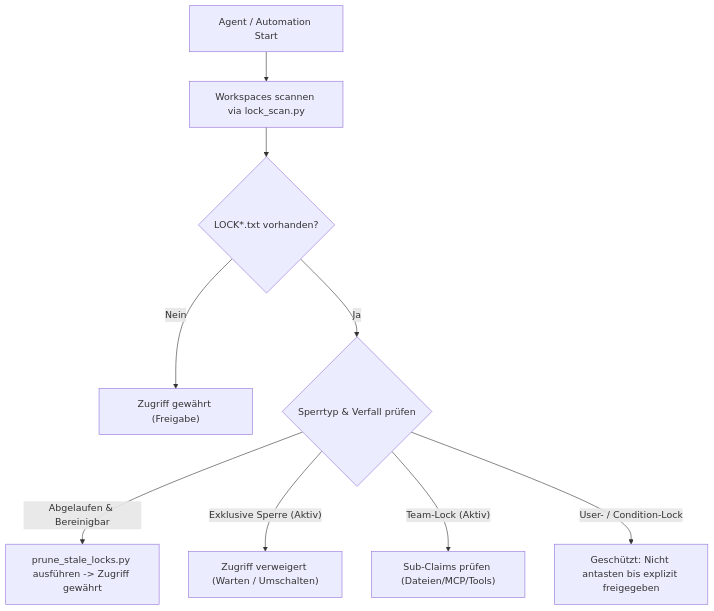
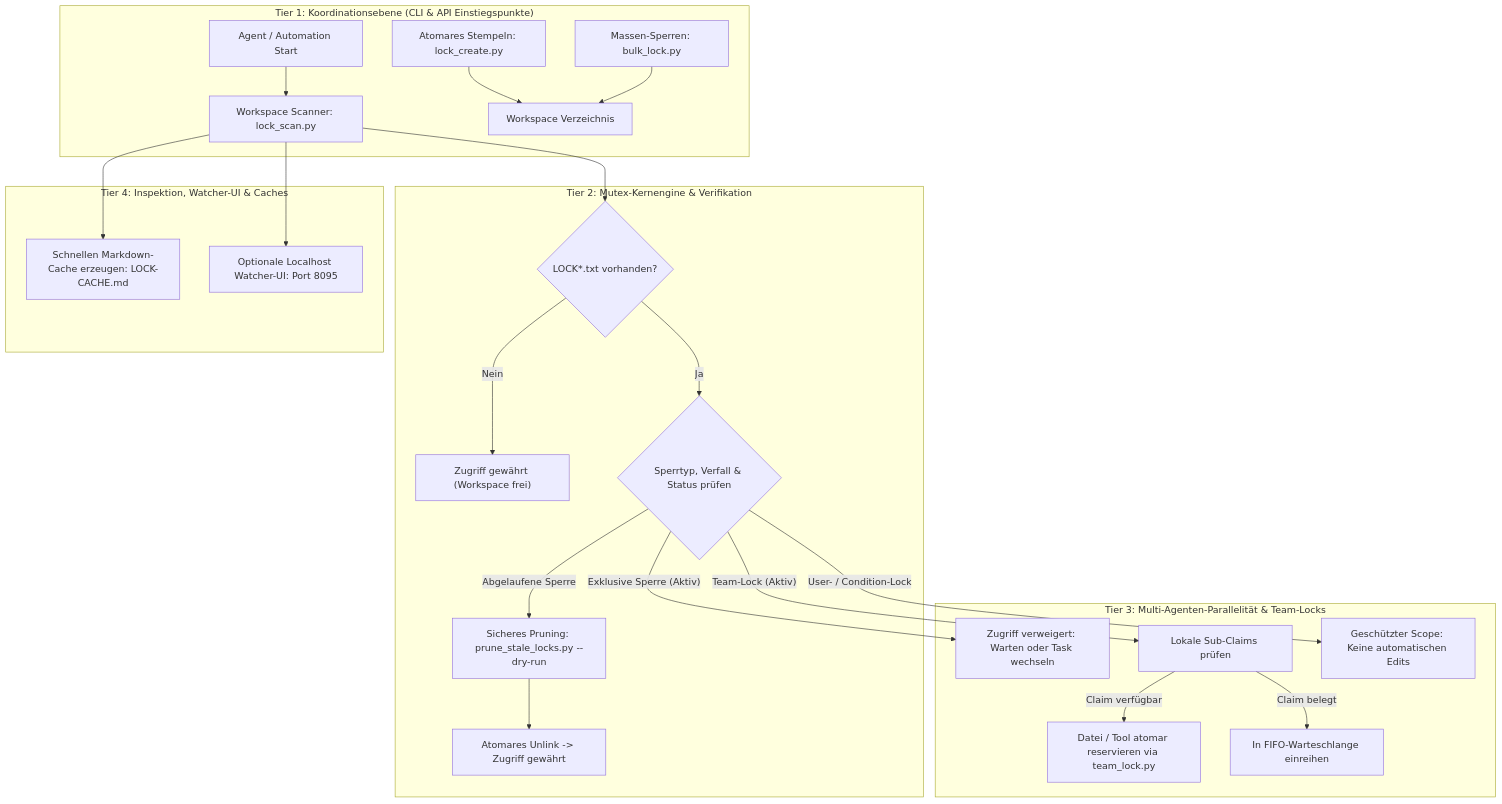
The first of 2 diagrams in README_de.md (ellmos-ai/lock-master), drawn with Mermaid before and after one commit. The commit also changed other lines of this file and 8 other files, not shown here.

Commit message:
docs: 18-point bilingual navigation, visual architecture, Level 1 SBOM, and Pfad B discoverability overhaul

````diff
--- a/README_de.md
+++ b/README_de.md
@@ -76,11 +73,29 @@
 ```mermaid
-graph TD
-    A["Agent / Automation Start"] --> B["Workspaces scannen via lock_scan.py"]
-    B --> C{"LOCK*.txt vorhanden?"}
-    C -- "Nein" --> D["Zugriff gewährt (Freigabe)"]
-    C -- "Ja" --> E{"Sperrtyp & Verfall prüfen"}
-    E -- "Abgelaufen & Bereinigbar" --> F["prune_stale_locks.py ausführen -> Zugriff gewährt"]
-    E -- "Exklusive Sperre (Aktiv)" --> G["Zugriff verweigert (Warten / Umschalten)"]
-    E -- "Team-Lock (Aktiv)" --> H["Sub-Claims prüfen (Dateien/MCP/Tools)"]
-    E -- "User- / Condition-Lock" --> I["Geschützt: Nicht antasten bis explizit freigegeben"]
+flowchart TD
+    subgraph T1["Tier 1: Koordinationsebene (CLI & API Einstiegspunkte)"]
+        A["Agent / Automation Start"] --> B["Workspace Scanner: lock_scan.py"]
+        C["Atomares Stempeln: lock_create.py"] --> D["Workspace Verzeichnis"]
+        E["Massen-Sperren: bulk_lock.py"] --> D
+    end
+
+    subgraph T2["Tier 2: Mutex-Kernengine & Verifikation"]
+        B --> F{"LOCK*.txt vorhanden?"}
+        F -- "Nein" --> G["Zugriff gewährt (Workspace frei)"]
+        F -- "Ja" --> H{"Sperrtyp, Verfall & Status prüfen"}
+        H -- "Abgelaufene Sperre" --> I["Sicheres Pruning: prune_stale_locks.py --dry-run"]
+        I --> J["Atomares Unlink -> Zugriff gewährt"]
+    end
+
+    subgraph T3["Tier 3: Multi-Agenten-Parallelität & Team-Locks"]
+        H -- "Exklusive Sperre (Aktiv)" --> K["Zugriff verweigert: Warten oder Task wechseln"]
+        H -- "Team-Lock (Aktiv)" --> L["Lokale Sub-Claims prüfen"]
+        L -- "Claim verfügbar" --> M["Datei / Tool atomar reservieren via team_lock.py"]
+        L -- "Claim belegt" --> N["In FIFO-Warteschlange einreihen"]
+        H -- "User- / Condition-Lock" --> O["Geschützter Scope: Keine automatischen Edits"]
+    end
+
+    subgraph T4["Tier 4: Inspektion, Watcher-UI & Caches"]
+        B --> P["Schnellen Markdown-Cache erzeugen: LOCK-CACHE.md"]
+        B --> Q["Optionale Localhost Watcher-UI: Port 8095"]
+    end
 ```
````
